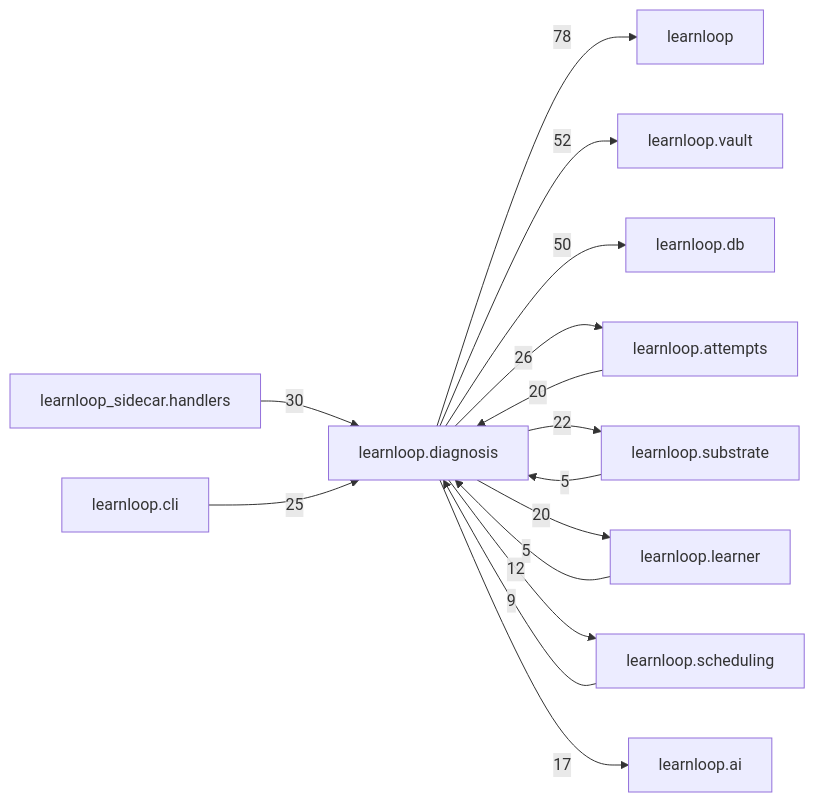
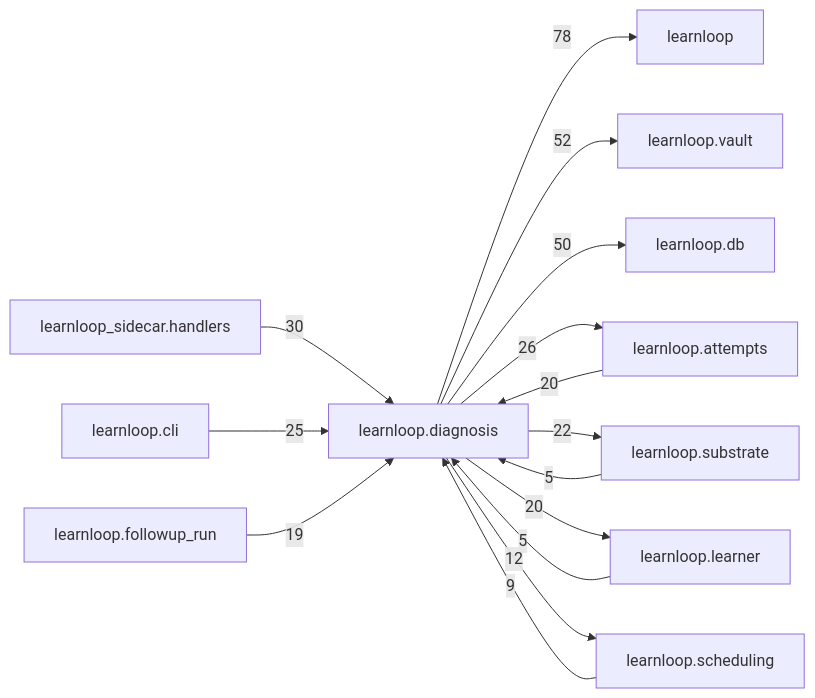
One commit to 6up-b/learnanything changed the diagram in docs/learnloop-architecture-vault/Reference/Modules/learnloop/diagnosis/_package.md. Above: the diagram before and after it, drawn with Mermaid. The commit also changed other lines of this file and 535 other files, not shown here.

````diff
--- a/docs/learnloop-architecture-vault/Reference/Modules/learnloop/diagnosis/_package.md
+++ b/docs/learnloop-architecture-vault/Reference/Modules/learnloop/diagnosis/_package.md
@@ -239,28 +239,28 @@
 ```mermaid
 flowchart LR
     center["learnloop.diagnosis"]
     n_learnloop["learnloop"]
     n_learnloop_vault["learnloop.vault"]
     n_learnloop_db["learnloop.db"]
     n_learnloop_attempts["learnloop.attempts"]
     n_learnloop_sidecar_handlers["learnloop_sidecar.handlers"]
     n_learnloop_substrate["learnloop.substrate"]
     n_learnloop_cli["learnloop.cli"]
     n_learnloop_learner["learnloop.learner"]
     n_learnloop_scheduling["learnloop.scheduling"]
-    n_learnloop_ai["learnloop.ai"]
+    n_learnloop_followup_run["learnloop.followup_run"]
     center -->|78| n_learnloop
     center -->|52| n_learnloop_vault
     center -->|50| n_learnloop_db
     n_learnloop_attempts -->|20| center
     center -->|26| n_learnloop_attempts
     n_learnloop_sidecar_handlers -->|30| center
     n_learnloop_substrate -->|5| center
     center -->|22| n_learnloop_substrate
     n_learnloop_cli -->|25| center
     n_learnloop_learner -->|5| center
     center -->|20| n_learnloop_learner
     n_learnloop_scheduling -->|9| center
     center -->|12| n_learnloop_scheduling
-    center -->|17| n_learnloop_ai
+    n_learnloop_followup_run -->|19| center
 ```
````
